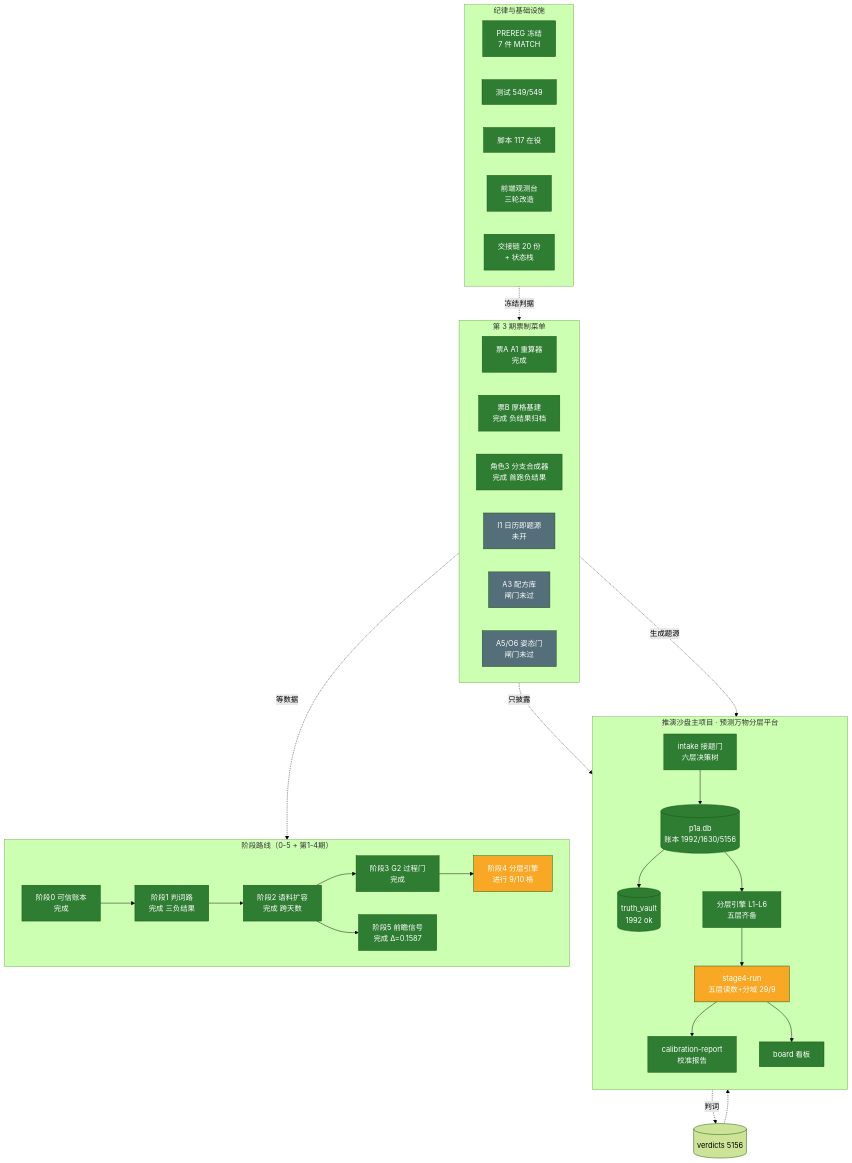
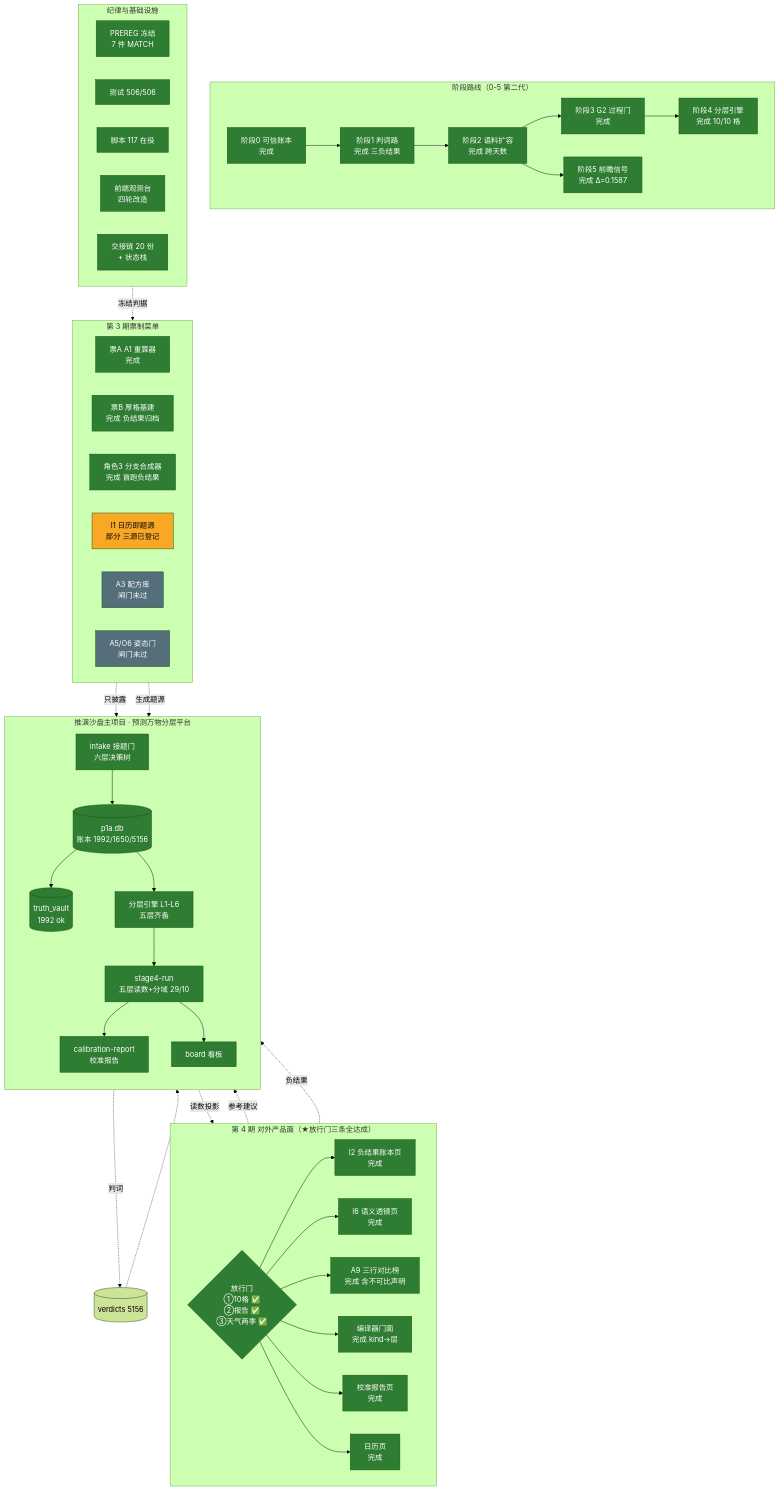
One commit to rui08984-dot/tuiyan-sandbox changed the diagram in architecture.mmd. Above: the diagram before and after it, drawn with Mermaid (forest theme). The commit also changed 257 other files, not shown here.

```diff
--- a/architecture.mmd
+++ b/architecture.mmd
@@ -1,63 +1,82 @@
 flowchart TB
     subgraph MAIN["推演沙盘主项目 · 预测万物分层平台"]
         direction TB
-        LEDGER[("p1a.db<br/>账本 1992/1630/5156")]
+        LEDGER[("p1a.db<br/>账本 1992/1650/5156")]
         VAULT[("truth_vault<br/>1992 ok")]
         INTAKE["intake 接题门<br/>六层决策树"]
         ENGINES["分层引擎 L1-L6<br/>五层齐备"]
-        STAGE4["stage4-run<br/>五层读数+分域 29/9"]
+        STAGE4["stage4-run<br/>五层读数+分域 29/10"]
         CAL["calibration-report<br/>校准报告"]
         BOARD["board 看板"]
         LEDGER --> VAULT
         LEDGER --> ENGINES
         INTAKE --> LEDGER
         ENGINES --> STAGE4
         STAGE4 --> CAL
         STAGE4 --> BOARD
     end
 
-    subgraph PHASE["阶段路线（0-5 + 第1-4期）"]
+    subgraph PHASE["阶段路线（0-5 第二代）"]
         direction LR
         P0["阶段0 可信账本<br/>完成"]
         P1["阶段1 判词路<br/>完成 三负结果"]
         P2["阶段2 语料扩容<br/>完成 跨天数"]
         P3["阶段3 G2 过程门<br/>完成"]
-        P4["阶段4 分层引擎<br/>进行 9/10 格"]
+        P4["阶段4 分层引擎<br/>完成 10/10 格"]
         P5["阶段5 前瞻信号<br/>完成 Δ=0.1587"]
         P0 --> P1 --> P2 --> P3 --> P4
         P2 --> P5
     end
 
     subgraph TICKET["第 3 期票制菜单"]
         direction LR
         A1["票A A1 重算器<br/>完成"]
         TB["票B 厚格基建<br/>完成 负结果归档"]
         R3["角色3 分支合成器<br/>完成 首跑负结果"]
-        I1["I1 日历即题源<br/>未开"]
+        I1["I1 日历即题源<br/>部分 三源已登记"]
         A3["A3 配方库<br/>闸门未过"]
         A5["A5/O6 姿态门<br/>闸门未过"]
+    end
+
+    subgraph P4F["第 4 期 对外产品面（★放行门三条全达成）"]
+        direction LR
+        GATE{"放行门<br/>①10格 ✅<br/>②报告 ✅<br/>③天气两季 ✅"}
+        F1["I2 负结果账本页<br/>完成"]
+        F2["I6 语义透镜页<br/>完成"]
+        F3["A9 三行对比榜<br/>完成 含不可比声明"]
+        F4["编译器门面<br/>完成 kind→层"]
+        F5["校准报告页<br/>完成"]
+        F6["日历页<br/>完成"]
+        GATE --> F1
+        GATE --> F2
+        GATE --> F3
+        GATE --> F4
+        GATE --> F5
+        GATE --> F6
     end
 
     subgraph INFRA["纪律与基础设施"]
         direction LR
         PREREG["PREREG 冻结<br/>7 件 MATCH"]
-        TEST["测试 549/549"]
+        TEST["测试 506/506"]
         SCRIPTS["脚本 117 在役"]
-        UI["前端观测台<br/>三轮改造"]
+        UI["前端观测台<br/>四轮改造"]
         HANDOFF["交接链 20 份<br/>+ 状态栈"]
     end
 
     ENGINES -.->|"判词"| VERD[("verdicts 5156")]
     VERD -.-> STAGE4
     PREREG -.->|"冻结判据"| R3
     R3 -.->|"只披露"| BOARD
-    TB -.->|"等数据"| P4
     I1 -.->|"生成题源"| INTAKE
+    STAGE4 -.->|"读数投影"| GATE
+    F4 -.->|"参考建议"| INTAKE
+    F1 -.->|"负结果"| BOARD
 
     classDef done fill:#2e7d32,color:#fff
-    classDef doing fill:#f9a825,color:#fff
+    classDef doing fill:#f9a825,color:#000
     classDef notstarted fill:#546e7a,color:#fff
 
-    class P0,P1,P2,P3,P5,A1,TB,R3,LEDGER,VAULT,INTAKE,ENGINES,CAL,BOARD,PREREG,TEST,SCRIPTS,UI,HANDOFF done
-    class P4,STAGE4 doing
-    class A3,A5,I1 notstarted
+    class P0,P1,P2,P3,P4,P5,A1,TB,R3,LEDGER,VAULT,INTAKE,ENGINES,STAGE4,CAL,BOARD,PREREG,TEST,SCRIPTS,UI,HANDOFF,GATE,F1,F2,F3,F4,F5,F6 done
+    class I1 doing
+    class A3,A5 notstarted
```
